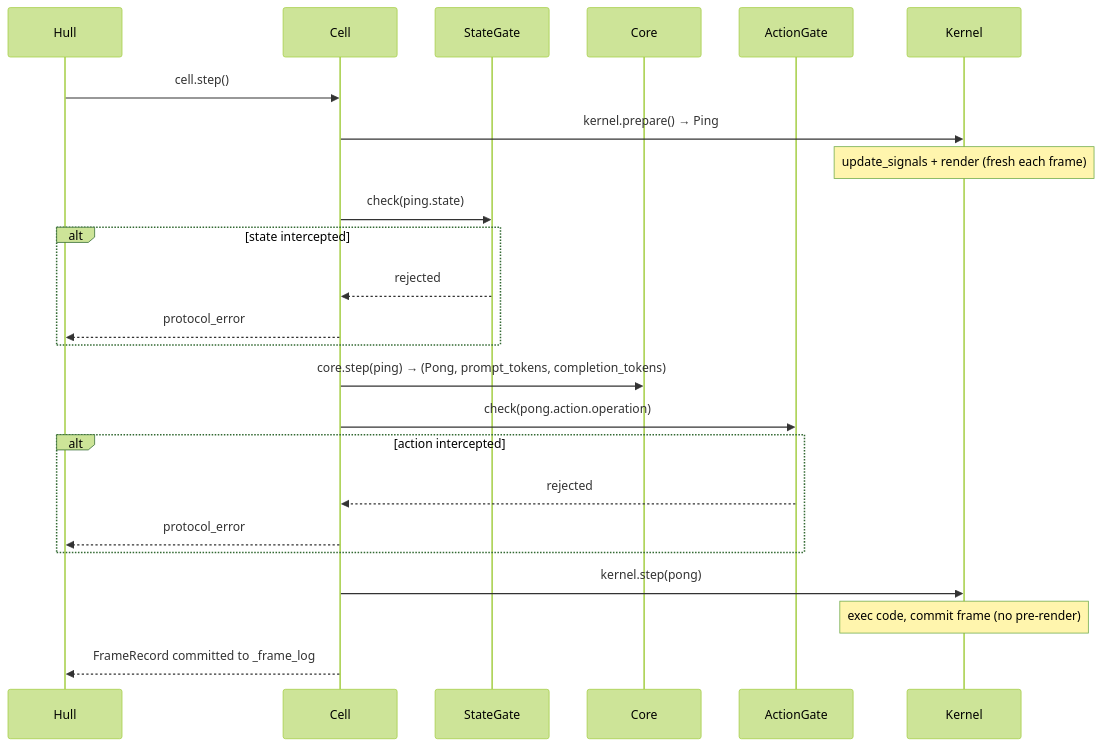
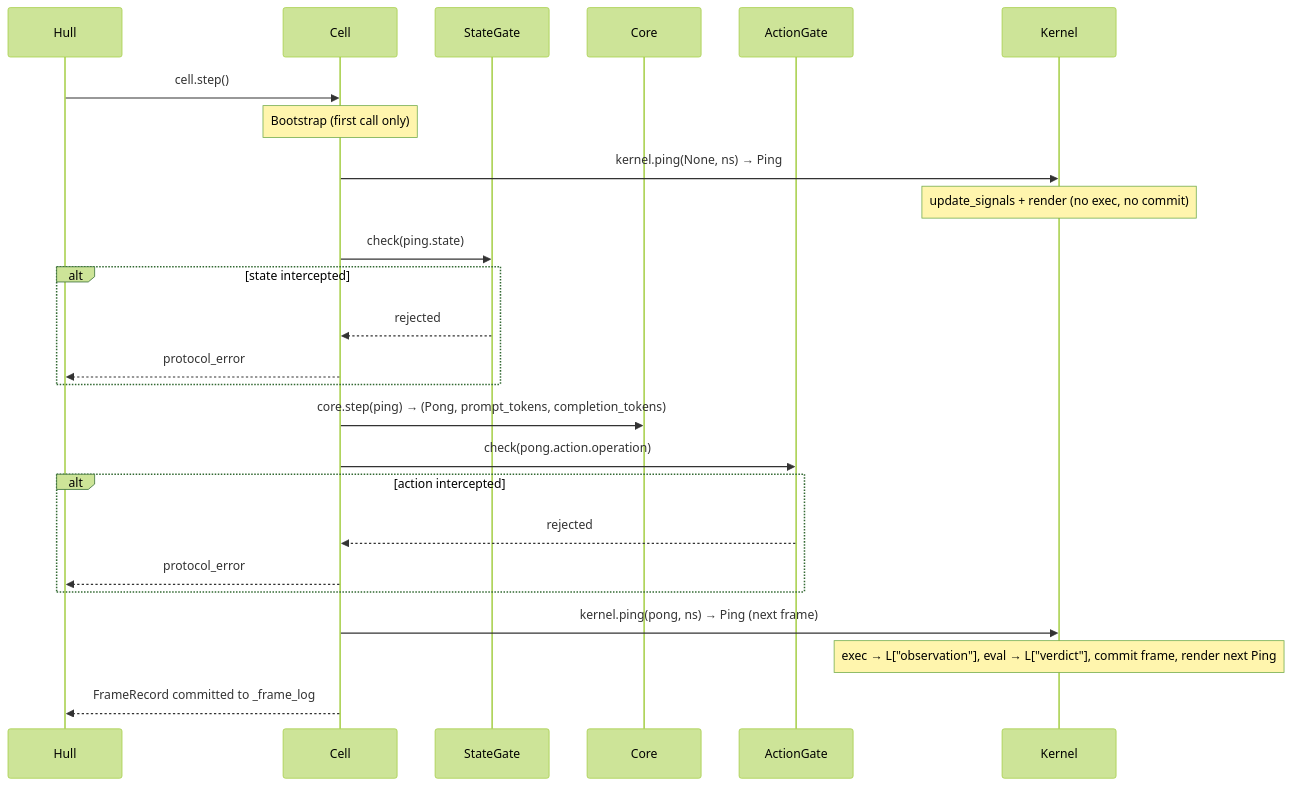
Before and after one commit to vessal-ai/vessal: the diagram in src/vessal/ark/shell/hull/cell/README.md, drawn with Mermaid (forest theme). The commit also changed other lines of this file and 3 other files, not shown here.

````diff
--- a/src/vessal/ark/shell/hull/cell/README.md
+++ b/src/vessal/ark/shell/hull/cell/README.md
@@ -27,31 +27,32 @@
 ```mermaid
 sequenceDiagram
     participant Hull
     participant Cell
     participant StateGate
     participant Core
     participant ActionGate
     participant Kernel
 
     Hull->>Cell: cell.step()
 
-    Cell->>Kernel: kernel.prepare() → Ping
-    Note over Kernel: update_signals + render (fresh each frame)
+    Note over Cell: Bootstrap (first call only)
+    Cell->>Kernel: kernel.ping(None, ns) → Ping
+    Note over Kernel: update_signals + render (no exec, no commit)
 
     Cell->>StateGate: check(ping.state)
     alt state intercepted
         StateGate-->>Cell: rejected
         Cell-->>Hull: protocol_error
     end
 
     Cell->>Core: core.step(ping) → (Pong, prompt_tokens, completion_tokens)
     Cell->>ActionGate: check(pong.action.operation)
     alt action intercepted
         ActionGate-->>Cell: rejected
         Cell-->>Hull: protocol_error
     end
 
-    Cell->>Kernel: kernel.step(pong)
-    Note over Kernel: exec code, commit frame (no pre-render)
+    Cell->>Kernel: kernel.ping(pong, ns) → Ping (next frame)
+    Note over Kernel: exec → L["observation"], eval → L["verdict"], commit frame, render next Ping
     Cell-->>Hull: FrameRecord committed to _frame_log
 ```
````
